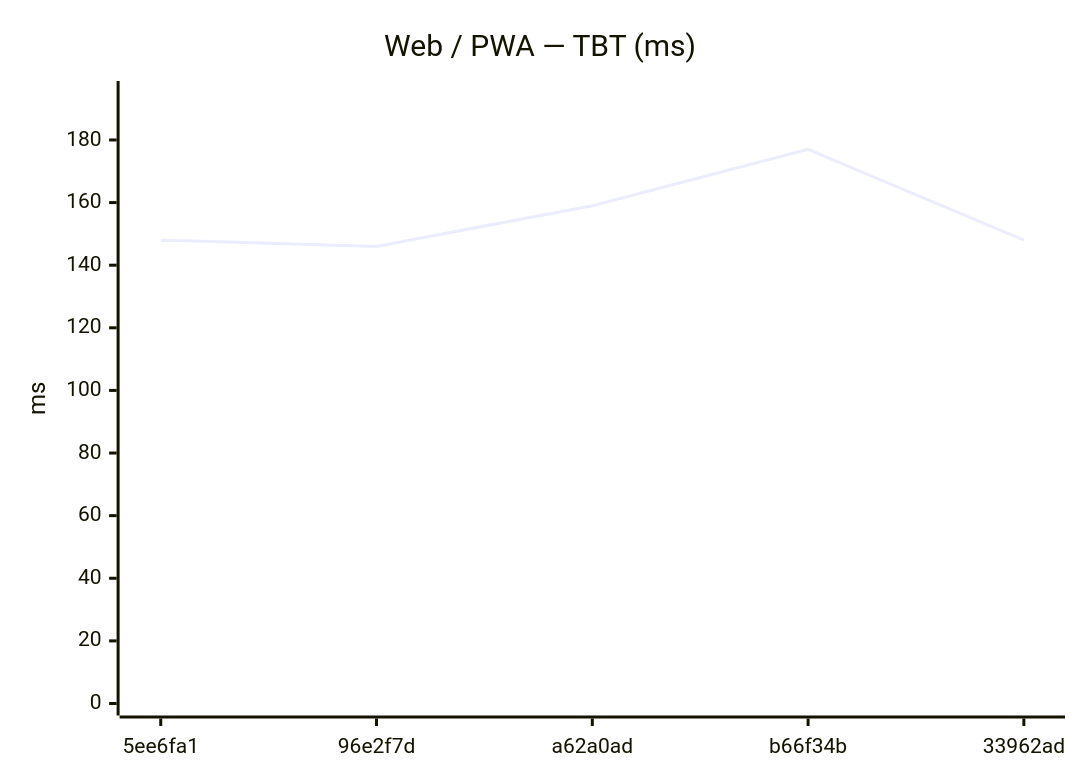
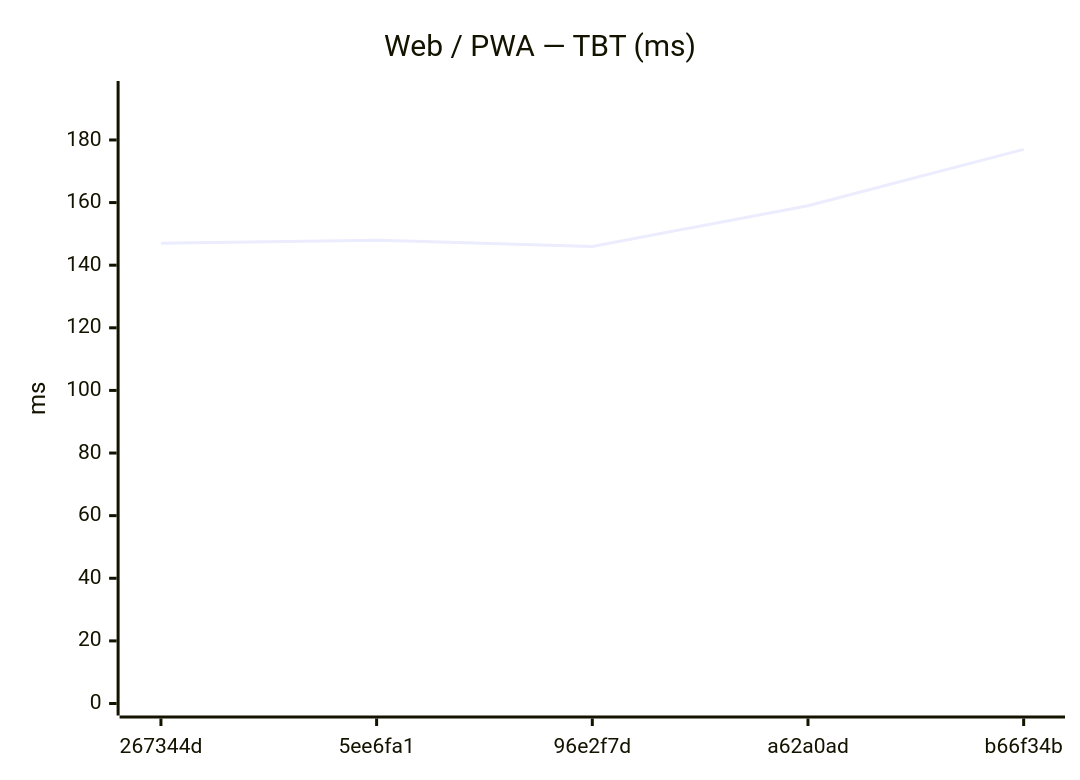
The eighth of 18 diagrams in benchmarks/compare.md (Metaheurist/Rianell), drawn with Mermaid before and after one commit. The commit also changed other lines of this file and 11 other files, not shown here.

````diff
--- a/benchmarks/compare.md
+++ b/benchmarks/compare.md
@@ -124,7 +124,7 @@
 ```mermaid
 xychart-beta
     title "Web / PWA — TBT (ms)"
-    x-axis ["5ee6fa1", "96e2f7d", "a62a0ad", "b66f34b", "33962ad"]
+    x-axis ["267344d", "5ee6fa1", "96e2f7d", "a62a0ad", "b66f34b"]
     y-axis "ms" 0 --> 195
-    line [148, 146, 159, 177, 148]
+    line [147, 148, 146, 159, 177]
 ```
````
